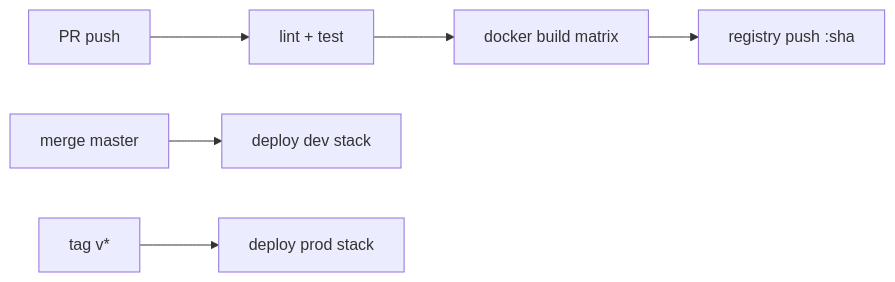
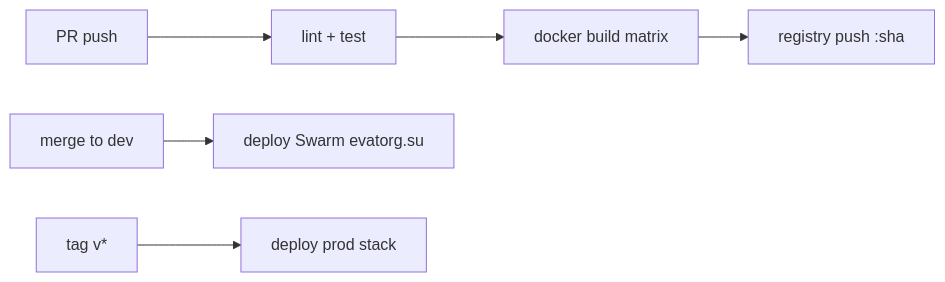
Before and after one commit to andrewb76/tavrida: the diagram in docs/04-deployment/README.md, drawn with Mermaid. The commit also changed other lines of this file and 26 other files, not shown here.

First line of the commit message:
Wire Swarm CD for evatorg.su and fix Logto/profile notes.

````diff
--- a/docs/04-deployment/README.md
+++ b/docs/04-deployment/README.md
@@ -47,8 +47,8 @@
 ```mermaid
 flowchart LR
     PR[PR push] --> Lint[lint + test]
     Lint --> Build[docker build matrix]
     Build --> Push[registry push :sha]
-    Merge[merge master] --> DeployDev[deploy dev stack]
+    Merge[merge to dev] --> DeployDev[deploy Swarm evatorg.su]
     Tag[tag v*] --> DeployProd[deploy prod stack]
 ```
````
